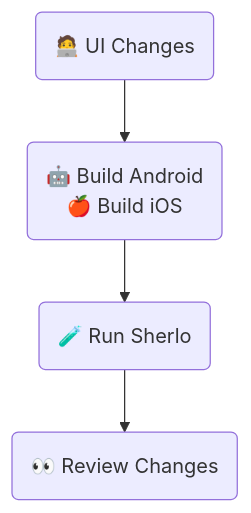
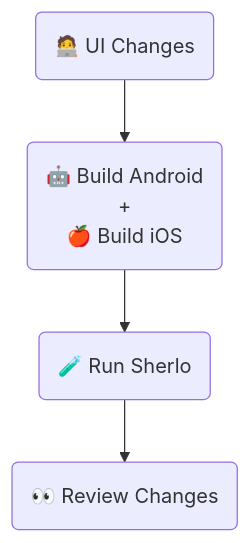
One commit to sherlo-io/sherlo changed the eighth of 8 diagrams in examples/standard/README.md. Above: the diagram before and after it, drawn with Mermaid.

Commit message:
no message

````diff
--- a/examples/standard/README.md
+++ b/examples/standard/README.md
@@ -137,12 +136,13 @@
 ```mermaid
 flowchart TB
    UI(🧑‍💻 UI Changes)
    Builds("`🤖 Build Android
+   +
    🍎 Build iOS`")
    Sherlo(🧪 Run Sherlo)
    Review(👀 Review Changes)
 
    UI --> Builds
    Builds --> Sherlo
    Sherlo --> Review
 ```
````
